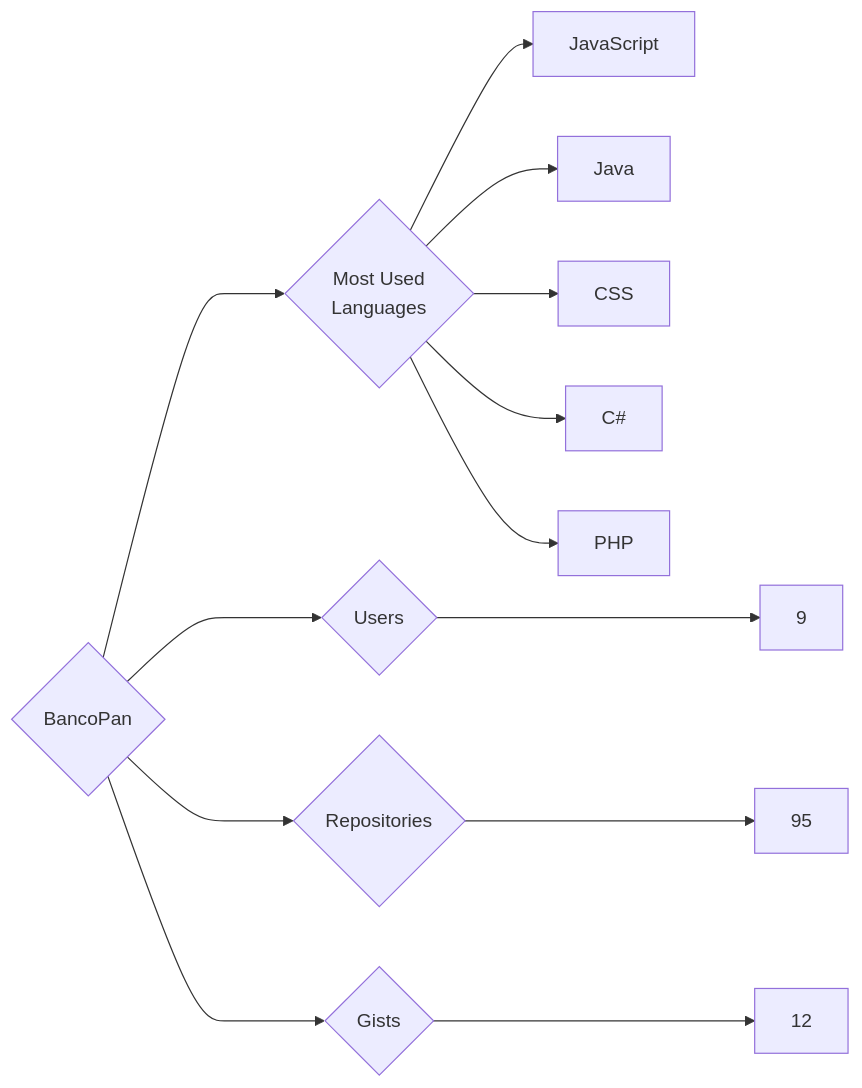
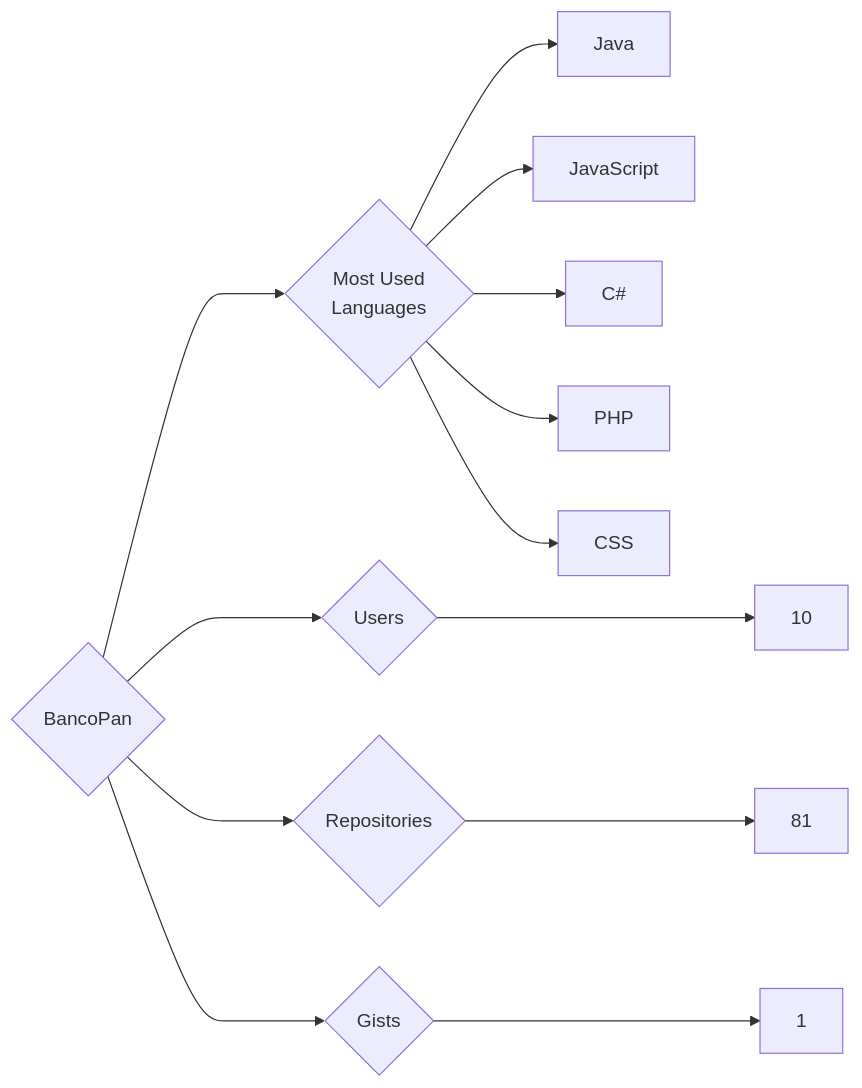
One commit to trickest/insiders changed the diagram in targets/BancoPan/README.md. Above: the diagram before and after it, drawn with Mermaid. The commit also changed 1078 other files, not shown here.

````diff
--- a/targets/BancoPan/README.md
+++ b/targets/BancoPan/README.md
@@ -3,13 +3,13 @@
 ```mermaid
 graph LR
 COMPANY_NAME{BancoPan}
-COMPANY_NAME ---> U{Users} ---> UN[9]
-COMPANY_NAME ---> R{Repositories} ---> RN[95]
-COMPANY_NAME ---> G{Gists} ---> GN[12]
+COMPANY_NAME ---> U{Users} ---> UN[10]
+COMPANY_NAME ---> R{Repositories} ---> RN[81]
+COMPANY_NAME ---> G{Gists} ---> GN[1]
 COMPANY_NAME ---> ML{Most Used<br>Languages}
+ML --> Java[Java]
 ML --> JavaScript[JavaScript]
-ML --> Java[Java]
-ML --> CSS[CSS]
 ML --> C#[C#]
 ML --> PHP[PHP]
+ML --> CSS[CSS]
 ```
````
